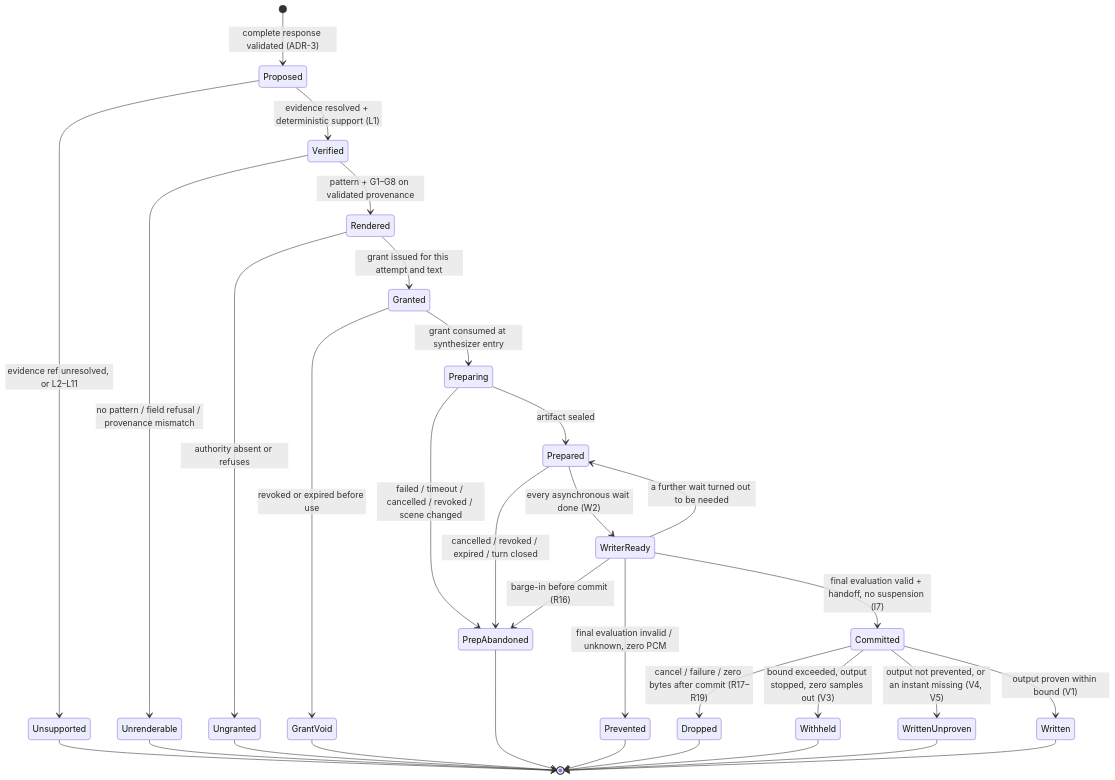
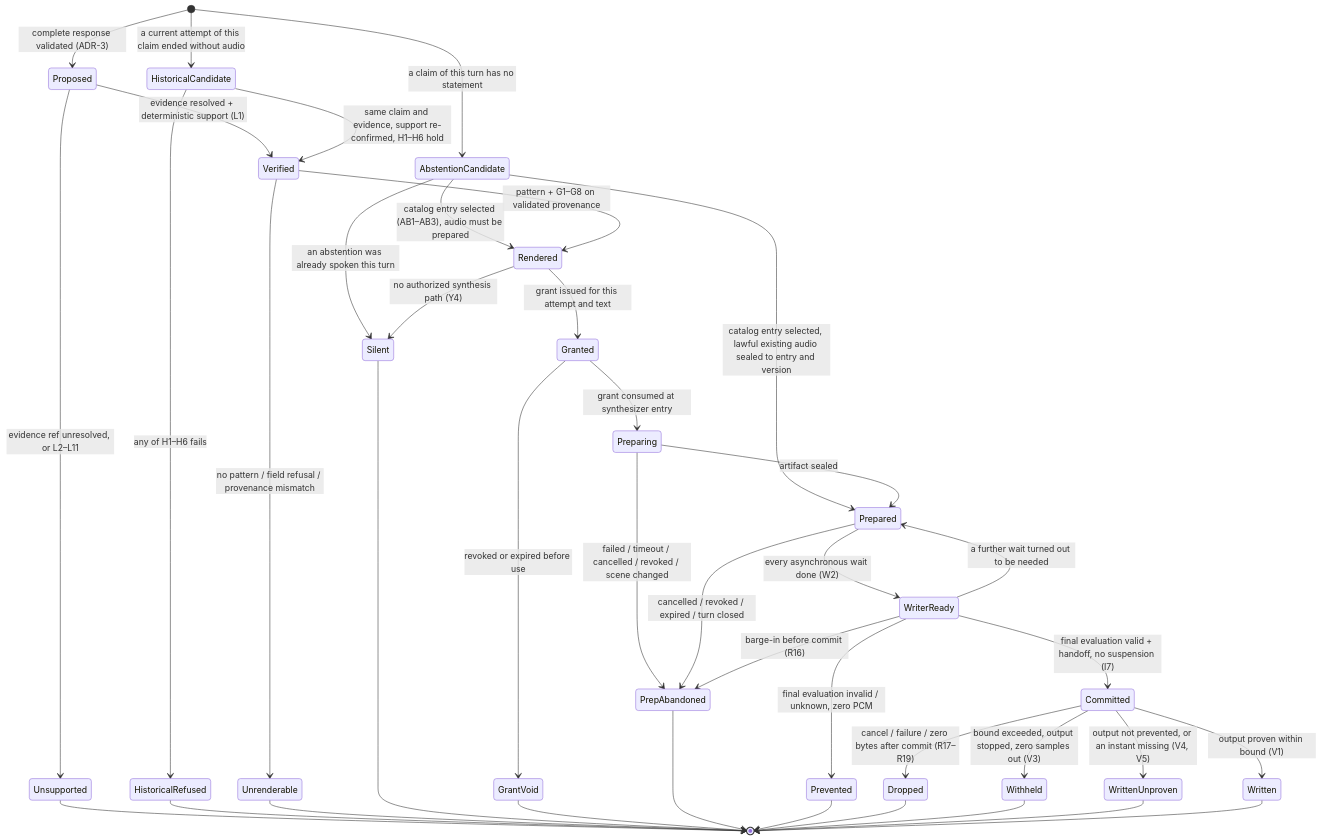
Before and after one commit to maskentir/fakeyou: the diagram in docs/plans/2026-11-15-architecture-decision-review.md, drawn with Mermaid. The commit also changed other lines of this file and 1 other file, not shown here.

````diff
--- a/docs/plans/2026-11-15-architecture-decision-review.md
+++ b/docs/plans/2026-11-15-architecture-decision-review.md
@@ -42,34 +45,42 @@
 ```mermaid
 stateDiagram-v2
     [*] --> Proposed: complete response validated (ADR-3)
+    [*] --> HistoricalCandidate: a current attempt of this claim ended without audio
+    [*] --> AbstentionCandidate: a claim of this turn has no statement
     Proposed --> Unsupported: evidence ref unresolved, or L2–L11
     Proposed --> Verified: evidence resolved + deterministic support (L1)
+    HistoricalCandidate --> HistoricalRefused: any of H1–H6 fails
+    HistoricalCandidate --> Verified: same claim and evidence, support re-confirmed, H1–H6 hold
+    AbstentionCandidate --> Silent: an abstention was already spoken this turn
+    AbstentionCandidate --> Rendered: catalog entry selected (AB1–AB3), audio must be prepared
+    AbstentionCandidate --> Prepared: catalog entry selected, lawful existing audio sealed to entry and version
     Verified --> Unrenderable: no pattern / field refusal / provenance mismatch
     Verified --> Rendered: pattern + G1–G8 on validated provenance
-    Rendered --> Ungranted: authority absent or refuses
+    Rendered --> Silent: no authorized synthesis path (Y4)
     Rendered --> Granted: grant issued for this attempt and text
     Granted --> GrantVoid: revoked or expired before use
     Granted --> Preparing: grant consumed at synthesizer entry
     Preparing --> PrepAbandoned: failed / timeout / cancelled / revoked / scene changed
     Preparing --> Prepared: artifact sealed
     Prepared --> PrepAbandoned: cancelled / revoked / expired / turn closed
     Prepared --> WriterReady: every asynchronous wait done (W2)
     WriterReady --> Prepared: a further wait turned out to be needed
     WriterReady --> PrepAbandoned: barge-in before commit (R16)
     WriterReady --> Prevented: final evaluation invalid / unknown, zero PCM
     WriterReady --> Committed: final evaluation valid + handoff, no suspension (I7)
     Committed --> Dropped: cancel / failure / zero bytes after commit (R17–R19)
     Committed --> Withheld: bound exceeded, output stopped, zero samples out (V3)
     Committed --> WrittenUnproven: output not prevented, or an instant missing (V4, V5)
     Committed --> Written: output proven within bound (V1)
     Unsupported --> [*]
+    HistoricalRefused --> [*]
     Unrenderable --> [*]
-    Ungranted --> [*]
+    Silent --> [*]
     GrantVoid --> [*]
     PrepAbandoned --> [*]
     Prevented --> [*]
     Dropped --> [*]
     Withheld --> [*]
     WrittenUnproven --> [*]
     Written --> [*]
 ```
````
